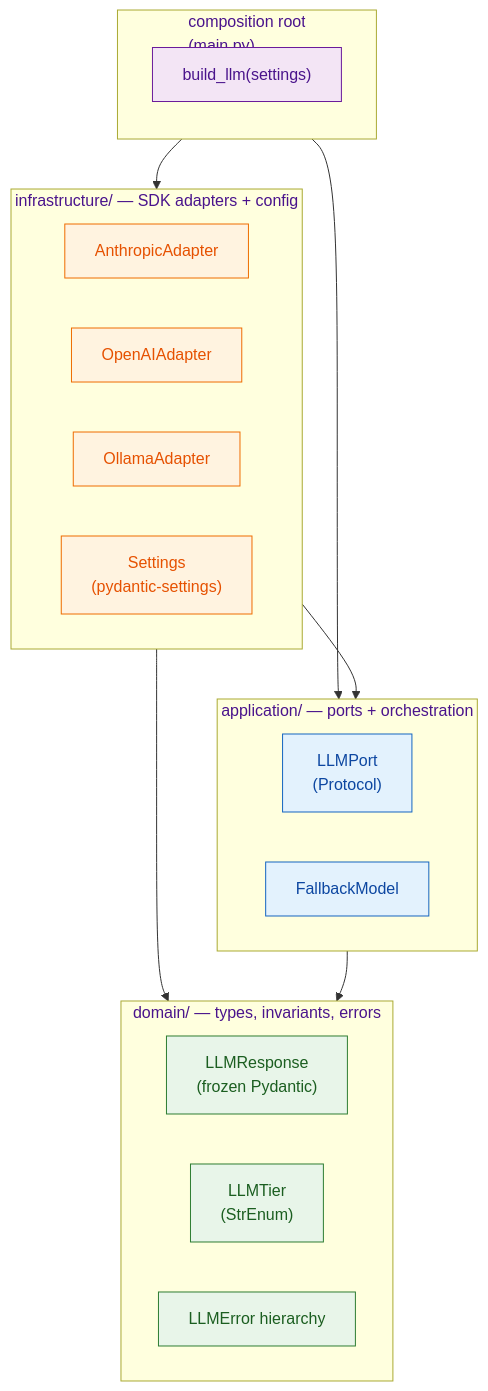
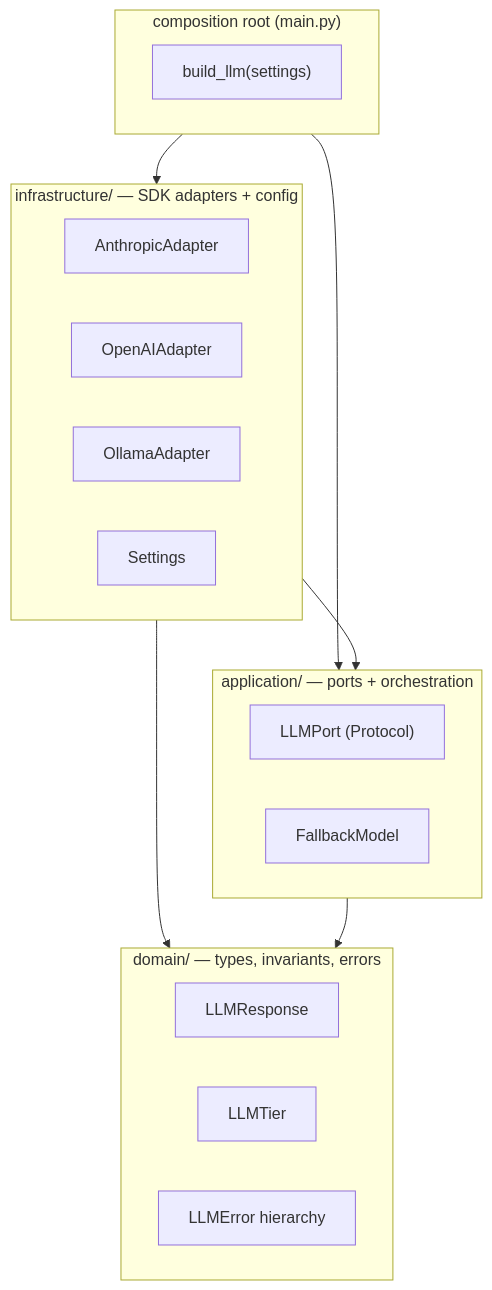
The second of 3 diagrams in ARCHITECTURE.md (rkendev/agentic-rag-router), drawn with Mermaid before and after one commit. The commit also changed other lines of this file and 2 other files, not shown here.

First line of the commit message:
Docs/router first architecture (#12)

````diff
--- a/ARCHITECTURE.md
+++ b/ARCHITECTURE.md
@@ -14,44 +115,26 @@
 ```mermaid
 flowchart TB
-    subgraph composition["composition root<br/>(main.py)"]
-        direction TB
+    subgraph composition["composition root (main.py)"]
         M["build_llm(settings)"]
     end
-
     subgraph infrastructure["infrastructure/ — SDK adapters + config"]
-        direction LR
         A1["AnthropicAdapter"]
         A2["OpenAIAdapter"]
         A3["OllamaAdapter"]
-        A4["Settings<br/>(pydantic-settings)"]
+        A4["Settings"]
     end
-
     subgraph application["application/ — ports + orchestration"]
-        direction LR
-        P1["LLMPort<br/>(Protocol)"]
+        P1["LLMPort (Protocol)"]
         P2["FallbackModel"]
     end
-
     subgraph domain["domain/ — types, invariants, errors"]
-        direction LR
-        D1["LLMResponse<br/>(frozen Pydantic)"]
-        D2["LLMTier<br/>(StrEnum)"]
+        D1["LLMResponse"]
+        D2["LLMTier"]
         D3["LLMError hierarchy"]
     end
-
     composition --> infrastructure
     composition --> application
     infrastructure --> application
     infrastructure --> domain
     application --> domain
-
-    classDef dom fill:#e8f5e9,stroke:#2e7d32,color:#1b5e20
-    classDef app fill:#e3f2fd,stroke:#1565c0,color:#0d47a1
-    classDef inf fill:#fff3e0,stroke:#ef6c00,color:#e65100
-    classDef root fill:#f3e5f5,stroke:#6a1b9a,color:#4a148c
-
-    class D1,D2,D3 dom
-    class P1,P2 app
-    class A1,A2,A3,A4 inf
-    class M root
 ```
````
